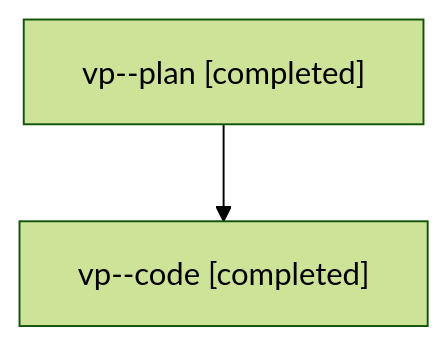
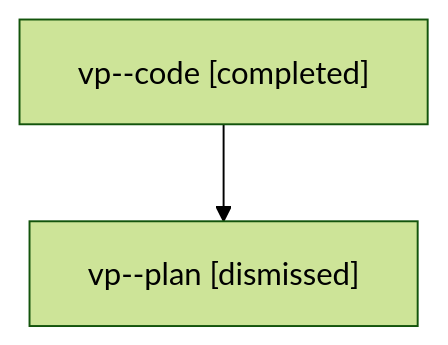
Before and after one commit to sase-org/sase--agents: the diagram in families/bbugyi200.athena.vp.md, drawn with Mermaid (forest theme). The commit also changed other lines of this file and 1120 other files, not shown here.

````diff
--- a/families/bbugyi200.athena.vp.md
+++ b/families/bbugyi200.athena.vp.md
@@ -9,6 +9,6 @@
 ```mermaid
 flowchart TD
-  n0["vp--plan [completed]"]
-  n1["vp--code [completed]"]
+  n0["vp--code [completed]"]
+  n1["vp--plan [dismissed]"]
   n0 --> n1
 ```
````
